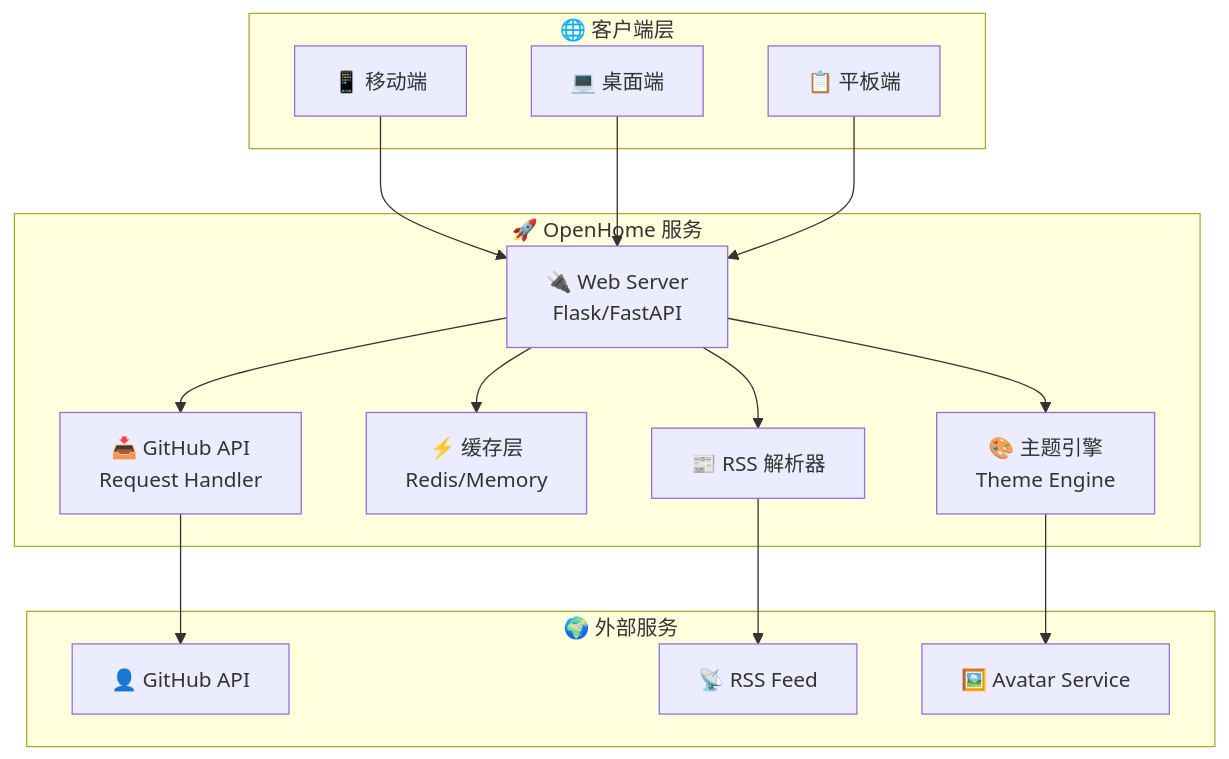
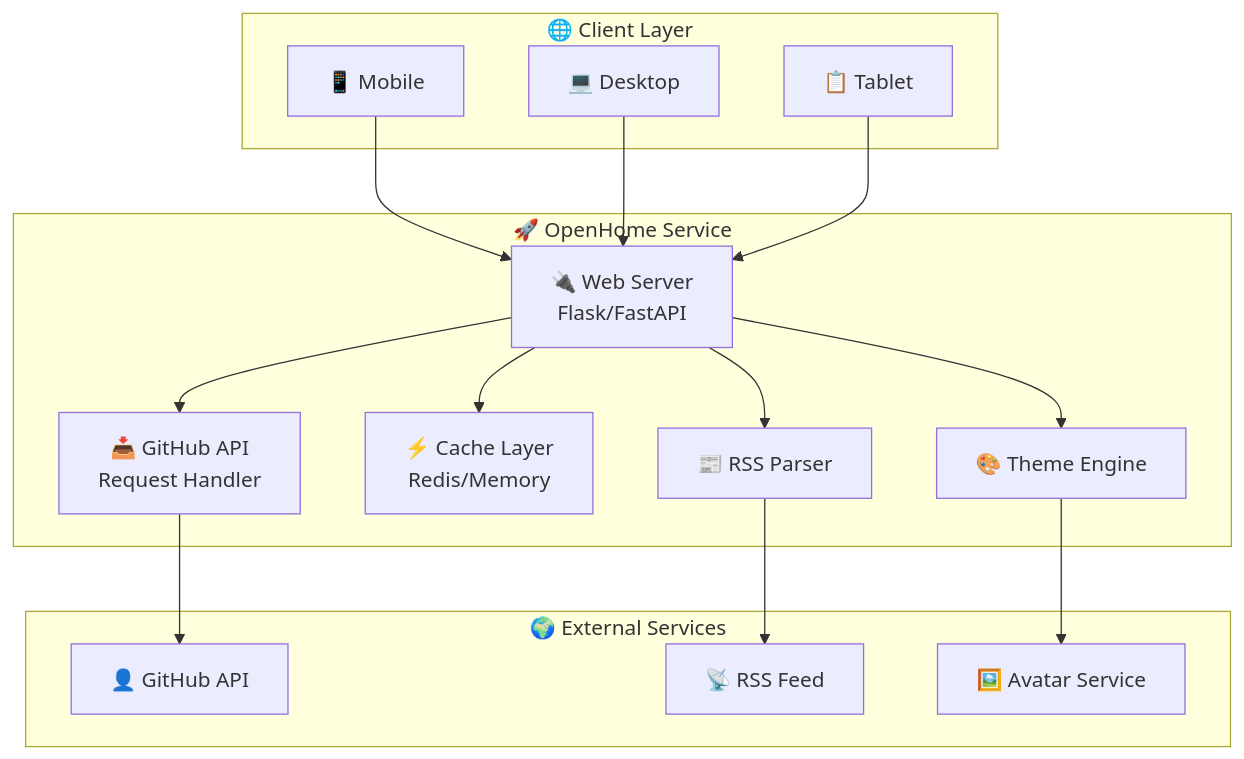
One commit to none-ai/openhome changed the first of 4 diagrams in README.md. Above: the diagram before and after it, drawn with Mermaid. The commit also changed other lines of this file and 2 other files, not shown here.

````diff
--- a/README.md
+++ b/README.md
@@ -45,33 +46,33 @@
 ```mermaid
 graph TB
-    subgraph Client["🌐 客户端层"]
-        C1[📱 移动端]
-        C2[💻 桌面端]
-        C3[📋 平板端]
+    subgraph Client["🌐 Client Layer"]
+        C1[📱 Mobile]
+        C2[💻 Desktop]
+        C3[📋 Tablet]
     end
     
-    subgraph Server["🚀 OpenHome 服务"]
+    subgraph Server["🚀 OpenHome Service"]
         WS[🔌 Web Server<br/>Flask/FastAPI]
-        TH[🎨 主题引擎<br/>Theme Engine]
-        RC[⚡ 缓存层<br/>Redis/Memory]
+        TH[🎨 Theme Engine]
+        RC[⚡ Cache Layer<br/>Redis/Memory]
         RH[📥 GitHub API<br/>Request Handler]
-        RR[📰 RSS 解析器]
+        RR[📰 RSS Parser]
     end
     
-    subgraph External["🌍 外部服务"]
+    subgraph External["🌍 External Services"]
         GH[👤 GitHub API]
         RSS[📡 RSS Feed]
         AV[🖼️ Avatar Service]
     end
     
     C1 --> WS
     C2 --> WS
     C3 --> WS
     WS --> TH
     WS --> RC
     WS --> RH
     WS --> RR
     RH --> GH
     RR --> RSS
     TH --> AV
 ```
````
